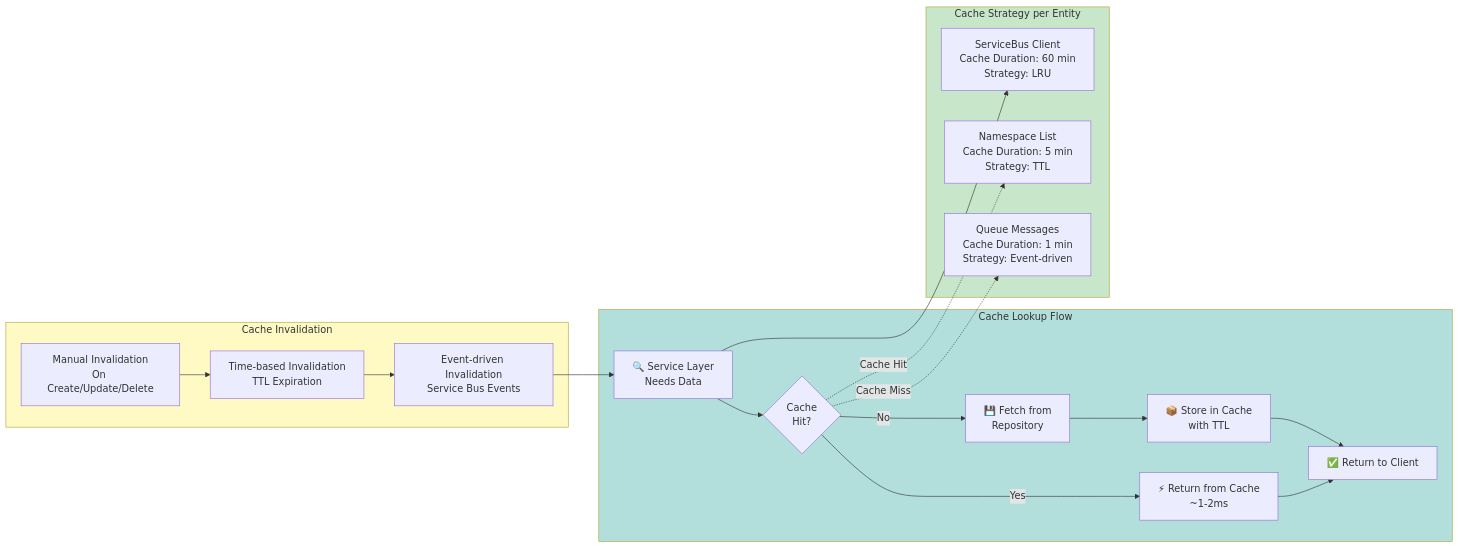
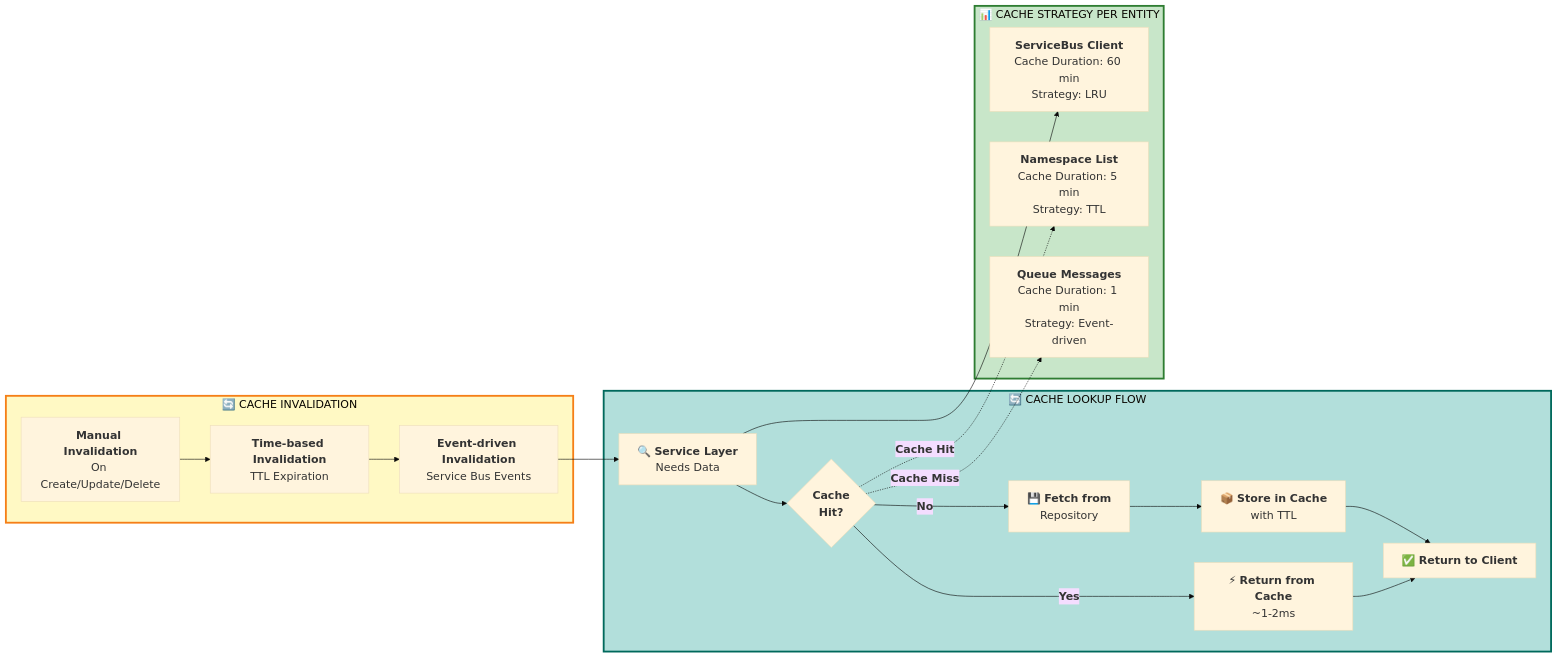
Before and after one commit to debdevops/servicehub: the tenth of 12 diagrams in services/api/ARCHITECTURE.md, drawn with Mermaid. The commit also changed other lines of this file, not shown here.

````diff
--- a/services/api/ARCHITECTURE.md
+++ b/services/api/ARCHITECTURE.md
@@ -558,34 +555,35 @@
 ```mermaid
+%%{init: {'theme':'base', 'themeVariables': { 'fontSize':'18px'}}}%%
 graph LR
-    subgraph Request_Flow["Cache Lookup Flow"]
-        A["🔍 Service Layer<br/>Needs Data"] --> B{Cache<br/>Hit?}
-        B -->|Yes| C["⚡ Return from Cache<br/>~1-2ms"]
-        B -->|No| D["💾 Fetch from<br/>Repository"]
-        D --> E["📦 Store in Cache<br/>with TTL"]
-        E --> F["✅ Return to Client"]
+    subgraph Request_Flow["🔄 CACHE LOOKUP FLOW"]
+        A["🔍 <b>Service Layer</b><br/>Needs Data"] --> B{<b>Cache<br/>Hit?</b>}
+        B -->|<b>Yes</b>| C["⚡ <b>Return from Cache</b><br/>~1-2ms"]
+        B -->|<b>No</b>| D["💾 <b>Fetch from</b><br/>Repository"]
+        D --> E["📦 <b>Store in Cache</b><br/>with TTL"]
+        E --> F["✅ <b>Return to Client</b>"]
         C --> F
     end
 
-    subgraph Cache_Types["Cache Strategy per Entity"]
-        G["ServiceBus Client<br/>Cache Duration: 60 min<br/>Strategy: LRU"]
-        H["Namespace List<br/>Cache Duration: 5 min<br/>Strategy: TTL"]
-        I["Queue Messages<br/>Cache Duration: 1 min<br/>Strategy: Event-driven"]
+    subgraph Cache_Types["📊 CACHE STRATEGY PER ENTITY"]
+        G["<b>ServiceBus Client</b><br/>Cache Duration: 60 min<br/>Strategy: LRU"]
+        H["<b>Namespace List</b><br/>Cache Duration: 5 min<br/>Strategy: TTL"]
+        I["<b>Queue Messages</b><br/>Cache Duration: 1 min<br/>Strategy: Event-driven"]
     end
 
-    subgraph Invalidation["Cache Invalidation"]
-        J["Manual Invalidation<br/>On Create/Update/Delete"]
-        K["Time-based Invalidation<br/>TTL Expiration"]
-        L["Event-driven Invalidation<br/>Service Bus Events"]
+    subgraph Invalidation["🔄 CACHE INVALIDATION"]
+        J["<b>Manual Invalidation</b><br/>On Create/Update/Delete"]
+        K["<b>Time-based Invalidation</b><br/>TTL Expiration"]
+        L["<b>Event-driven Invalidation</b><br/>Service Bus Events"]
     end
 
     A --> G
-    B -.->|"Cache Hit"| H
-    B -.->|"Cache Miss"| I
+    B -.->|"<b>Cache Hit</b>"| H
+    B -.->|"<b>Cache Miss</b>"| I
     J --> K
     K --> L
     L --> A
 
-    style Request_Flow fill:#b2dfdb
-    style Cache_Types fill:#c8e6c9
-    style Invalidation fill:#fff9c4
+    style Request_Flow fill:#b2dfdb,stroke:#00695c,stroke-width:3px
+    style Cache_Types fill:#c8e6c9,stroke:#2e7d32,stroke-width:3px
+    style Invalidation fill:#fff9c4,stroke:#f57f17,stroke-width:3px
 ```
````
